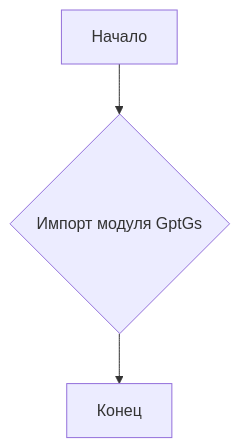
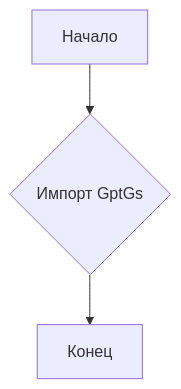
One commit to hypo69/hypo changed the first of 2 diagrams in docs/gemini/ru/explainer/src/suppliers/chat_gpt/__init__.md. Above: the diagram before and after it, drawn with Mermaid. The commit also changed other lines of this file and 468 other files, not shown here.

````diff
--- a/docs/gemini/ru/explainer/src/suppliers/chat_gpt/__init__.md
+++ b/docs/gemini/ru/explainer/src/suppliers/chat_gpt/__init__.md
@@ -22,5 +22,5 @@
 ```mermaid
 graph TD
-    A[Начало] --> B{Импорт модуля GptGs};
+    A[Начало] --> B{Импорт GptGs};
     B --> C[Конец];
 ```
````
